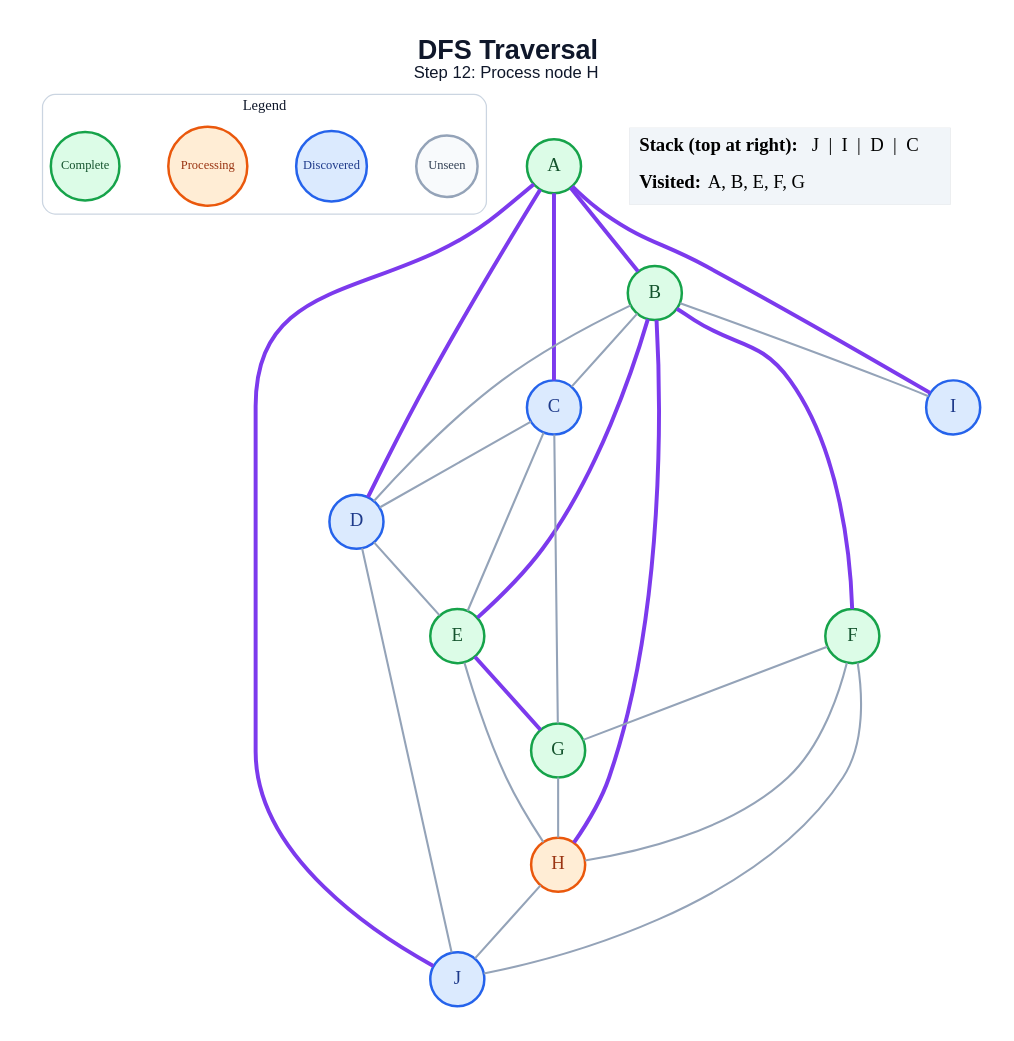
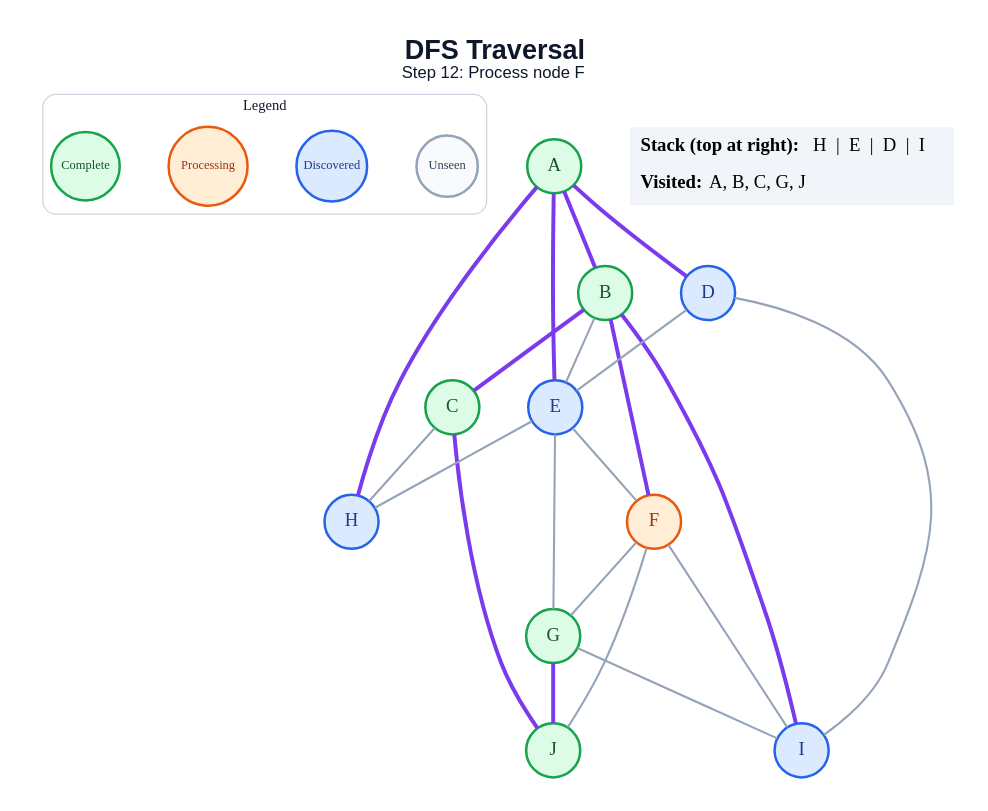
The diagram in generated/dfs/step_12.dot (amanghodawala9/ai-slop), drawn with Graphviz before and after one commit. The commit also changed 178 other files, not shown here.

```diff
--- a/generated/dfs/step_12.dot
+++ b/generated/dfs/step_12.dot
@@ -1,52 +1,49 @@
 graph traversal {
   graph [layout=dot, rankdir=TB, bgcolor="#FFFFFF", pad="0.35", nodesep="0.65", ranksep="0.8", fontname="Arial"];
   node [shape=circle, style="filled", fontname="Arial Bold", fontsize=18, width=0.72, fixedsize=true, penwidth=2.4];
   edge [color="#94A3B8", penwidth=2.0];
-  label=<<B>DFS Traversal</B><BR/><FONT POINT-SIZE="16">Step 12: Process node H</FONT>>; labelloc="t"; fontsize=26; fontname="Arial"; fontcolor="#0F172A";
+  label=<<B>DFS Traversal</B><BR/><FONT POINT-SIZE="16">Step 12: Process node F</FONT>>; labelloc="t"; fontsize=26; fontname="Arial"; fontcolor="#0F172A";
   subgraph cluster_legend { label="Legend"; color="#CBD5E1"; penwidth=1.2; style="rounded"; fontsize=14; fontname="Arial Bold";
     key_unseen [label="Unseen", fillcolor="#F8FAFC", color="#94A3B8", fontcolor="#334155", fontsize=12, width=0.82];
     key_frontier [label="Discovered", fillcolor="#DBEAFE", color="#2563EB", fontcolor="#1E3A8A", fontsize=12, width=0.95];
     key_current [label="Processing", fillcolor="#FFEDD5", color="#EA580C", fontcolor="#9A3412", fontsize=12, width=1.05];
     key_done [label="Complete", fillcolor="#DCFCE7", color="#16A34A", fontcolor="#14532D", fontsize=12, width=0.92];
     { rank=same; key_unseen; key_frontier; key_current; key_done; }
   }
   A [fillcolor="#DCFCE7", color="#16A34A", fontcolor="#14532D"];
   B [fillcolor="#DCFCE7", color="#16A34A", fontcolor="#14532D"];
-  C [fillcolor="#DBEAFE", color="#2563EB", fontcolor="#1E3A8A"];
+  C [fillcolor="#DCFCE7", color="#16A34A", fontcolor="#14532D"];
   D [fillcolor="#DBEAFE", color="#2563EB", fontcolor="#1E3A8A"];
-  E [fillcolor="#DCFCE7", color="#16A34A", fontcolor="#14532D"];
-  F [fillcolor="#DCFCE7", color="#16A34A", fontcolor="#14532D"];
+  E [fillcolor="#DBEAFE", color="#2563EB", fontcolor="#1E3A8A"];
+  F [fillcolor="#FFEDD5", color="#EA580C", fontcolor="#9A3412"];
   G [fillcolor="#DCFCE7", color="#16A34A", fontcolor="#14532D"];
-  H [fillcolor="#FFEDD5", color="#EA580C", fontcolor="#9A3412"];
+  H [fillcolor="#DBEAFE", color="#2563EB", fontcolor="#1E3A8A"];
   I [fillcolor="#DBEAFE", color="#2563EB", fontcolor="#1E3A8A"];
-  J [fillcolor="#DBEAFE", color="#2563EB", fontcolor="#1E3A8A"];
+  J [fillcolor="#DCFCE7", color="#16A34A", fontcolor="#14532D"];
   A -- B [color="#7C3AED", penwidth=3.8];
-  A -- C [color="#7C3AED", penwidth=3.8];
   A -- D [color="#7C3AED", penwidth=3.8];
-  A -- I [color="#7C3AED", penwidth=3.8];
-  A -- J [color="#7C3AED", penwidth=3.8];
-  B -- C;
-  B -- D;
-  B -- E [color="#7C3AED", penwidth=3.8];
+  A -- E [color="#7C3AED", penwidth=3.8];
+  A -- H [color="#7C3AED", penwidth=3.8];
+  B -- C [color="#7C3AED", penwidth=3.8];
+  B -- E;
   B -- F [color="#7C3AED", penwidth=3.8];
-  B -- H [color="#7C3AED", penwidth=3.8];
-  B -- I;
-  C -- D;
-  C -- E;
-  C -- G;
+  B -- I [color="#7C3AED", penwidth=3.8];
+  C -- H;
+  C -- J [color="#7C3AED", penwidth=3.8];
   D -- E;
-  D -- J;
-  E -- G [color="#7C3AED", penwidth=3.8];
+  D -- I;
+  E -- F;
+  E -- G;
   E -- H;
   F -- G;
-  F -- H;
+  F -- I;
   F -- J;
-  G -- H;
-  H -- J;
+  G -- I;
+  G -- J [color="#7C3AED", penwidth=3.8];
   status [shape=plain, fixedsize=false, width=0, height=0, margin=0, label=<
     <TABLE BORDER="0" CELLBORDER="0" CELLPADDING="7" BGCOLOR="#F1F5F9">
-      <TR><TD ALIGN="LEFT"><B>Stack (top at right):</B> J  |  I  |  D  |  C</TD></TR>
-      <TR><TD ALIGN="LEFT"><B>Visited:</B> A, B, E, F, G</TD></TR>
+      <TR><TD ALIGN="LEFT"><B>Stack (top at right):</B> H  |  E  |  D  |  I</TD></TR>
+      <TR><TD ALIGN="LEFT"><B>Visited:</B> A, B, C, G, J</TD></TR>
     </TABLE>
   >];
 }
```
